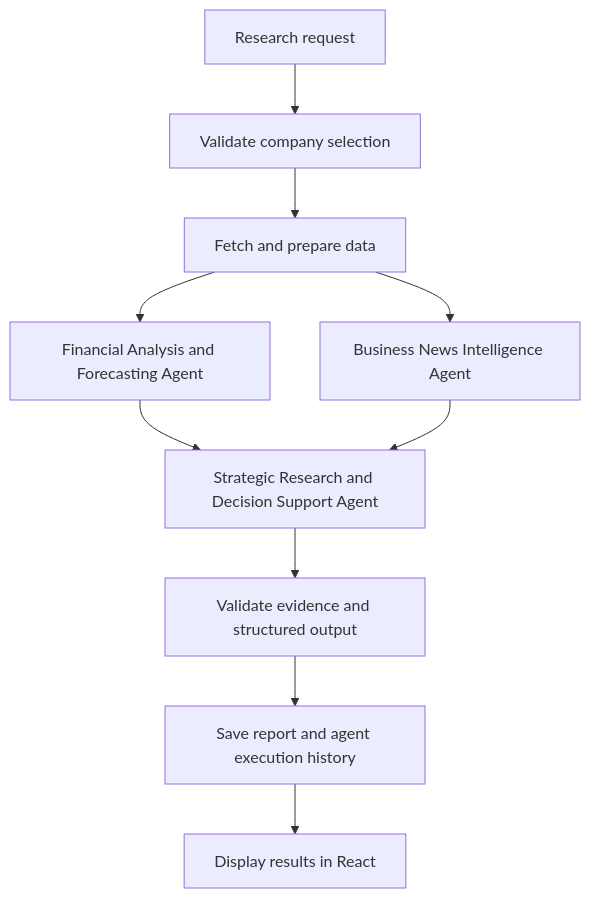
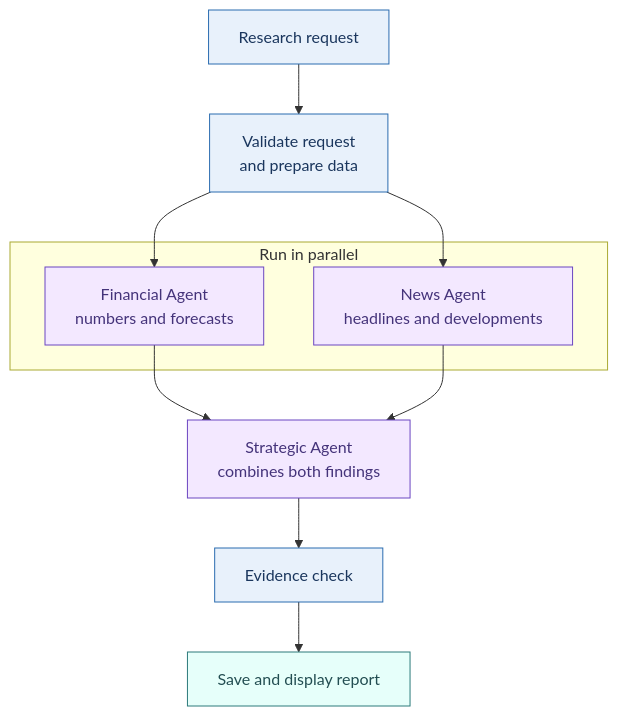
The third of 4 diagrams in docs/architecture.md (Hariharan119/ai-business-research-growth-analysis), drawn with Mermaid before and after one commit. The commit also changed other lines of this file, not shown here.

Commit message:
Docs: simplify architecture, data flow and agent workflow diagrams

````diff
--- a/docs/architecture.md
+++ b/docs/architecture.md
@@ -136,12 +68,23 @@
 ```mermaid
 flowchart TD
-    Start[Research request] --> V[Validate company selection]
-    V --> F[Fetch and prepare data]
-    F --> A1[Financial Analysis and Forecasting Agent]
-    F --> A2[Business News Intelligence Agent]
-    A1 --> A3[Strategic Research and Decision Support Agent]
-    A2 --> A3
-    A3 --> VE[Validate evidence and structured output]
-    VE --> SV[Save report and agent execution history]
-    SV --> Done[Display results in React]
+    Start[Research request] --> Prep[Validate request<br/>and prepare data]
+
+    subgraph sg1[Run in parallel]
+        FA[Financial Agent<br/>numbers and forecasts]
+        NA[News Agent<br/>headlines and developments]
+    end
+
+    Prep --> FA
+    Prep --> NA
+    FA --> SA[Strategic Agent<br/>combines both findings]
+    NA --> SA
+    SA --> Check[Evidence check]
+    Check --> Out[Save and display report]
+
+    classDef agent fill:#F3E8FF,stroke:#6B46C1,color:#44337A
+    classDef step fill:#E8F1FB,stroke:#2B6CB0,color:#1A365D
+    classDef final fill:#E6FFFA,stroke:#2C7A7B,color:#234E52
+    class FA,NA,SA agent
+    class Start,Prep,Check step
+    class Out final
 ```
````
